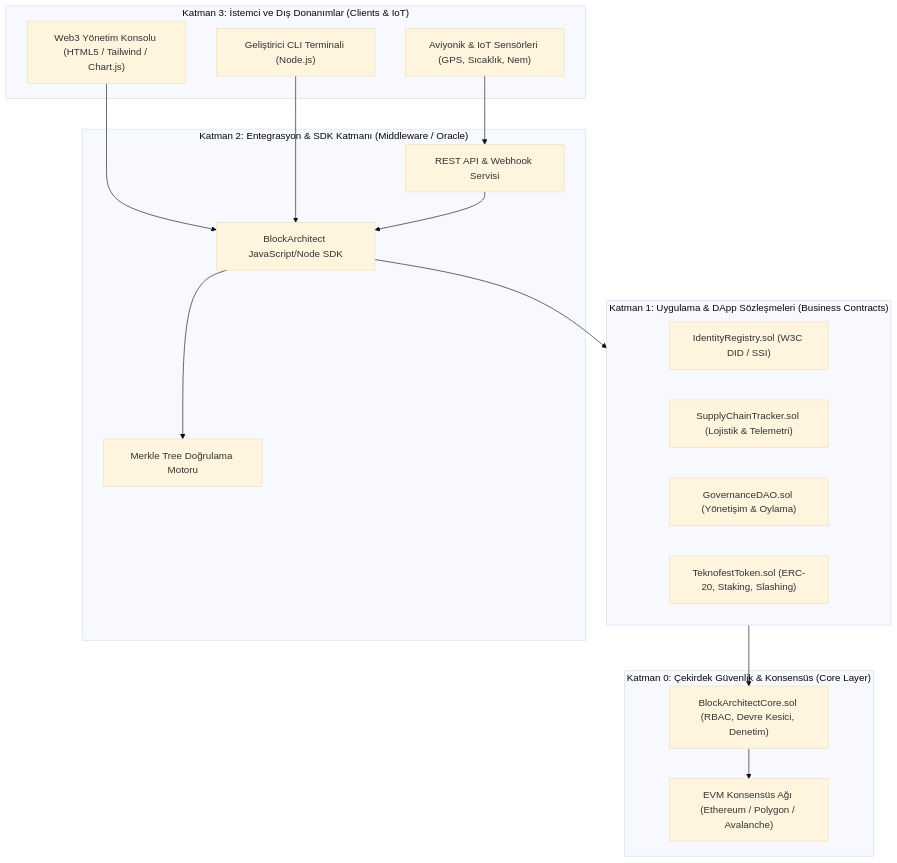
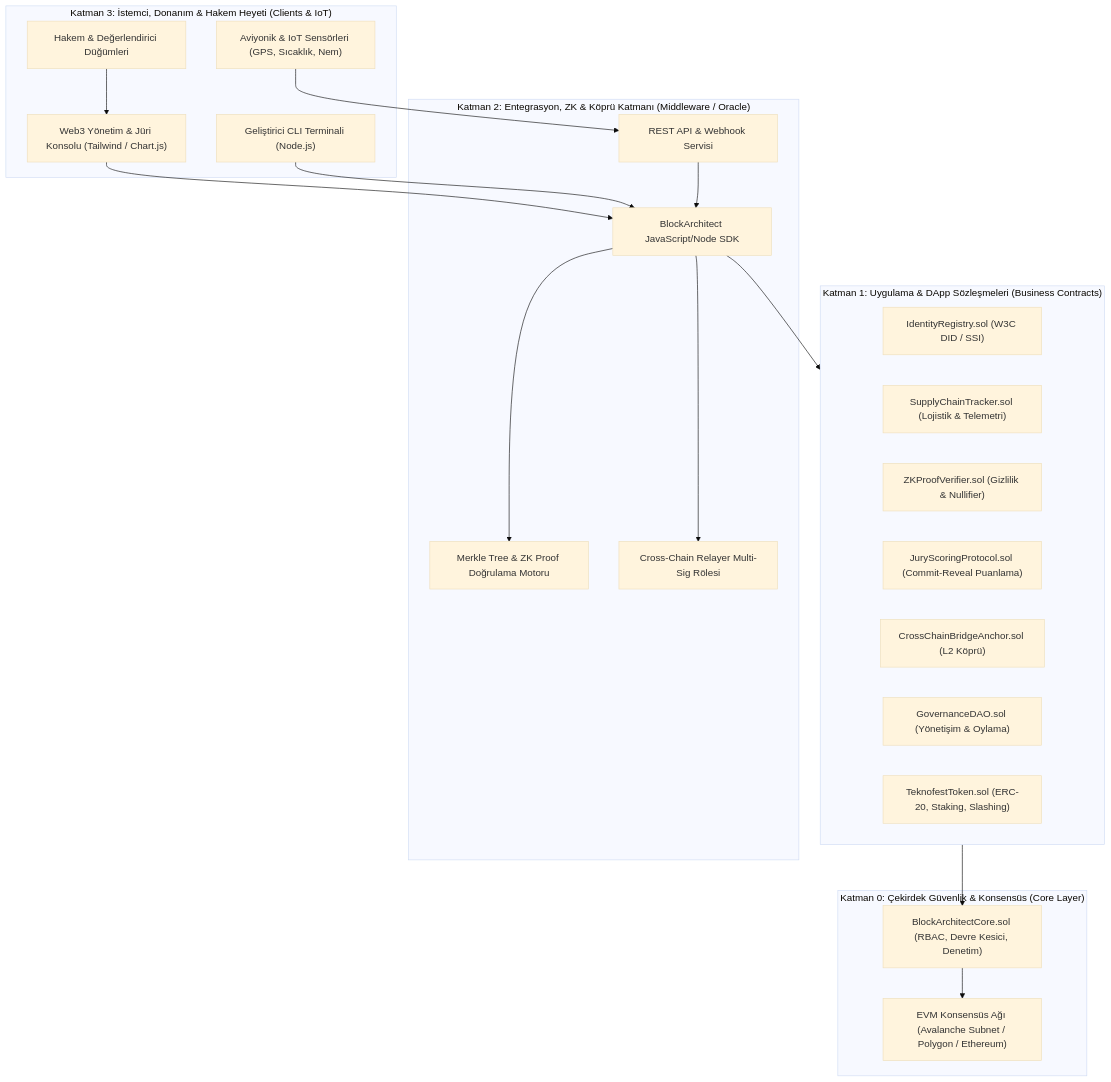
One commit to bahattinyunus/teknofest_blokzincir changed the first of 5 diagrams in docs/ARCHITECTURE.md. Above: the diagram before and after it, drawn with Mermaid (base theme). The commit also changed other lines of this file and 22 other files, not shown here.

Commit message:
feat: complete enterprise expansion with ZK-Proof verifier, jury scoring protocol, cross-chain bridge anchor, 22 passing tests, and 9-tab web3 console

````diff
--- a/docs/ARCHITECTURE.md
+++ b/docs/ARCHITECTURE.md
@@ -11,35 +11,42 @@
 ```mermaid
 flowchart TD
-    subgraph L3["Katman 3: İstemci ve Dış Donanımlar (Clients & IoT)"]
-        UI["Web3 Yönetim Konsolu (HTML5 / Tailwind / Chart.js)"]
+    subgraph L3["Katman 3: İstemci, Donanım & Hakem Heyeti (Clients & IoT)"]
+        UI["Web3 Yönetim & Jüri Konsolu (Tailwind / Chart.js)"]
         CLI["Geliştirici CLI Terminali (Node.js)"]
         Sensors["Aviyonik & IoT Sensörleri (GPS, Sıcaklık, Nem)"]
+        JuryNode["Hakem & Değerlendirici Düğümleri"]
     end
 
-    subgraph L2["Katman 2: Entegrasyon & SDK Katmanı (Middleware / Oracle)"]
+    subgraph L2["Katman 2: Entegrasyon, ZK & Köprü Katmanı (Middleware / Oracle)"]
         SDK["BlockArchitect JavaScript/Node SDK"]
         API["REST API & Webhook Servisi"]
-        Merkle["Merkle Tree Doğrulama Motoru"]
+        Merkle["Merkle Tree & ZK Proof Doğrulama Motoru"]
+        Relayer["Cross-Chain Relayer Multi-Sig Rölesi"]
     end
 
     subgraph L1["Katman 1: Uygulama & DApp Sözleşmeleri (Business Contracts)"]
         DID["IdentityRegistry.sol (W3C DID / SSI)"]
         SC["SupplyChainTracker.sol (Lojistik & Telemetri)"]
+        ZK["ZKProofVerifier.sol (Gizlilik & Nullifier)"]
+        JURY["JuryScoringProtocol.sol (Commit-Reveal Puanlama)"]
+        BRIDGE["CrossChainBridgeAnchor.sol (L2 Köprü)"]
         DAO["GovernanceDAO.sol (Yönetişim & Oylama)"]
         TKF["TeknofestToken.sol (ERC-20, Staking, Slashing)"]
     end
 
     subgraph L0["Katman 0: Çekirdek Güvenlik & Konsensüs (Core Layer)"]
         Core["BlockArchitectCore.sol (RBAC, Devre Kesici, Denetim)"]
-        EVM["EVM Konsensüs Ağı (Ethereum / Polygon / Avalanche)"]
+        EVM["EVM Konsensüs Ağı (Avalanche Subnet / Polygon / Ethereum)"]
     end
 
     UI --> SDK
     CLI --> SDK
     Sensors --> API
+    JuryNode --> UI
     API --> SDK
     SDK --> Merkle
+    SDK --> Relayer
     SDK --> L1
     L1 --> Core
     Core --> EVM
 ```
````
